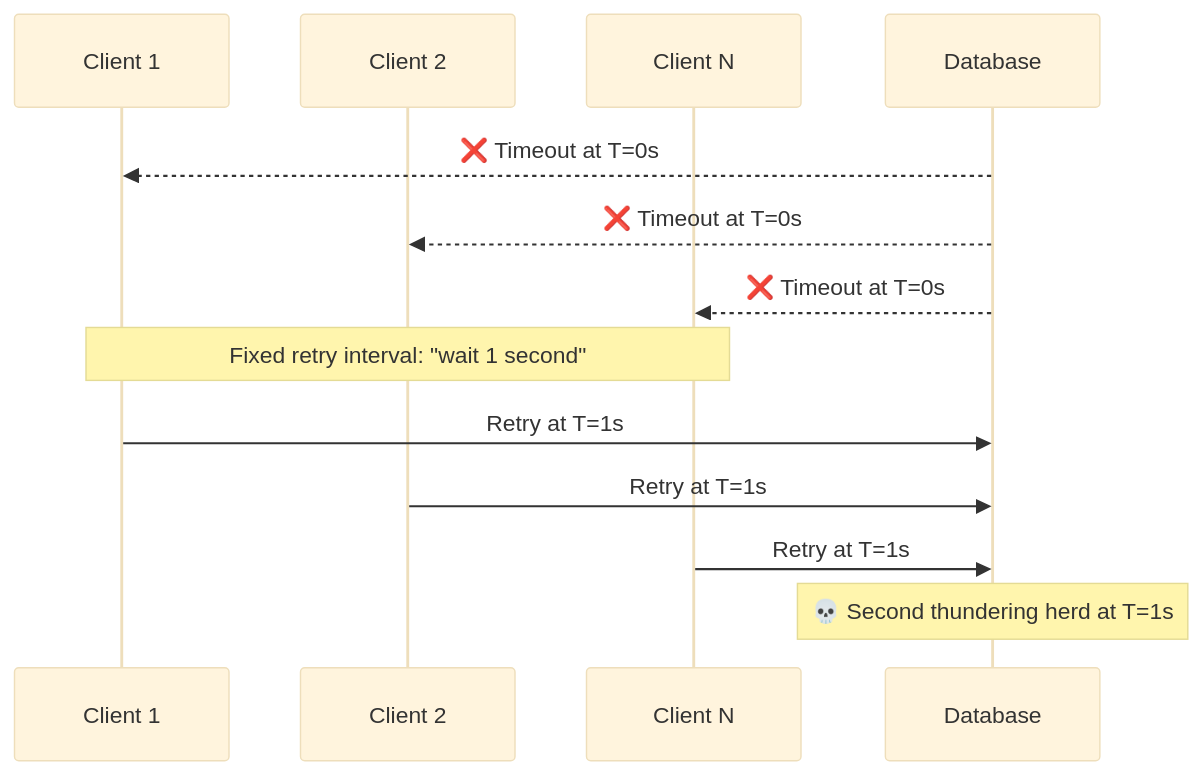
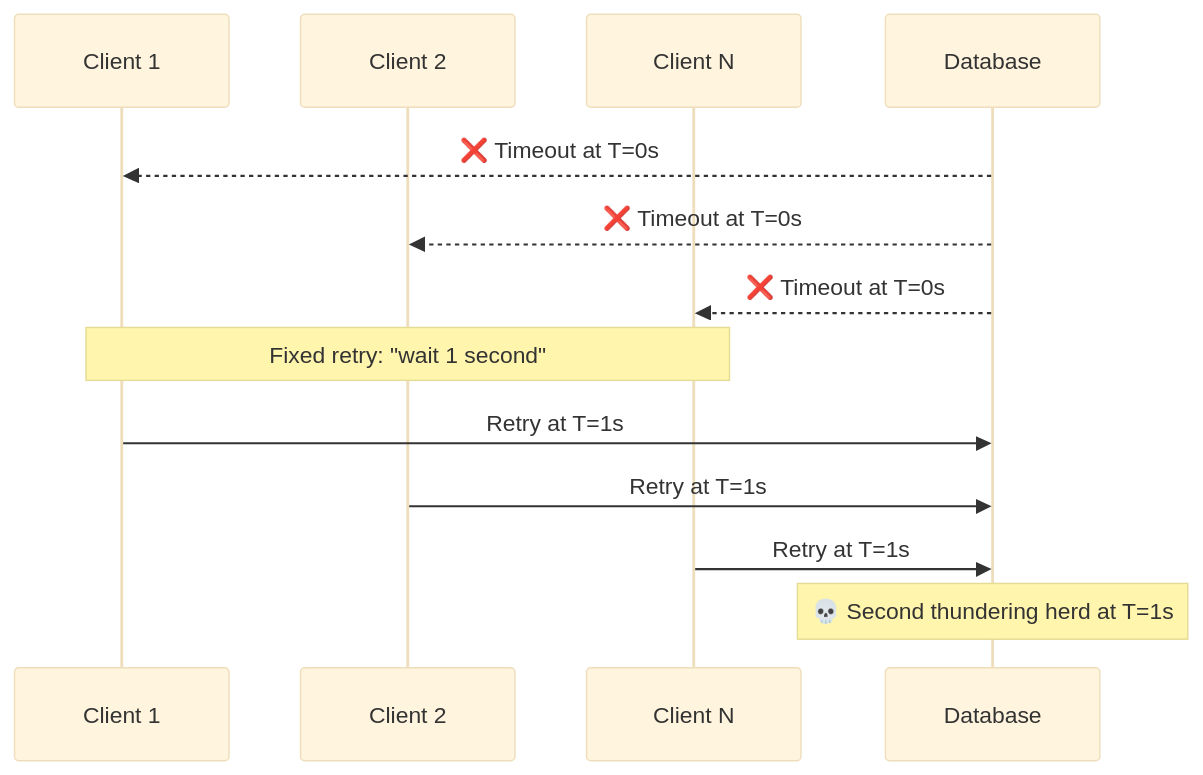
The ninth of 12 diagrams in content/posts/38-thundering-herd.md (g-savitha/portfolio), drawn with Mermaid (base theme) before and after one commit. The commit also changed other lines of this file, not shown here.

````diff
--- a/content/posts/38-thundering-herd.md
+++ b/content/posts/38-thundering-herd.md
@@ -516,18 +385,18 @@
 ```mermaid
 sequenceDiagram
     participant C1 as Client 1
     participant C2 as Client 2
     participant CN as Client N
     participant DB as Database
 
     DB-->>C1: ❌ Timeout at T=0s
     DB-->>C2: ❌ Timeout at T=0s
     DB-->>CN: ❌ Timeout at T=0s
 
-    Note over C1,CN: Fixed retry interval: "wait 1 second"
+    Note over C1,CN: Fixed retry: "wait 1 second"
 
     C1->>DB: Retry at T=1s
     C2->>DB: Retry at T=1s
     CN->>DB: Retry at T=1s
     Note over DB: 💀 Second thundering herd at T=1s
 ```
````
